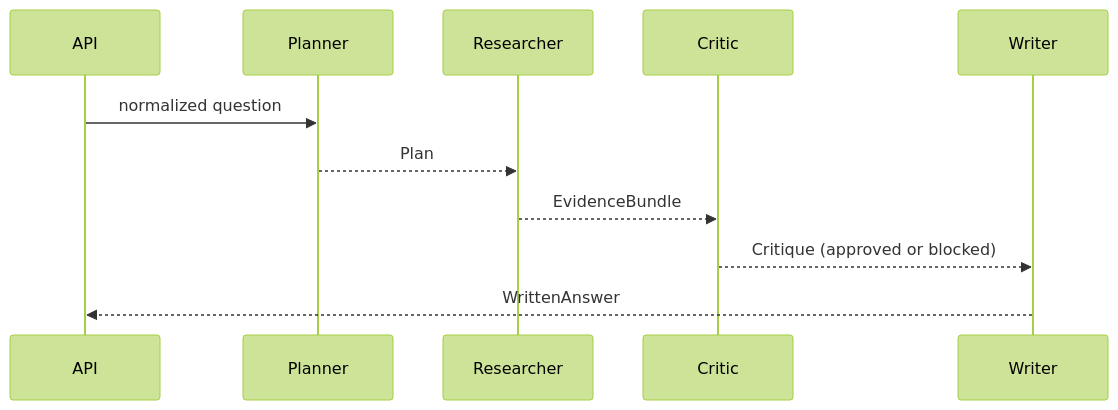
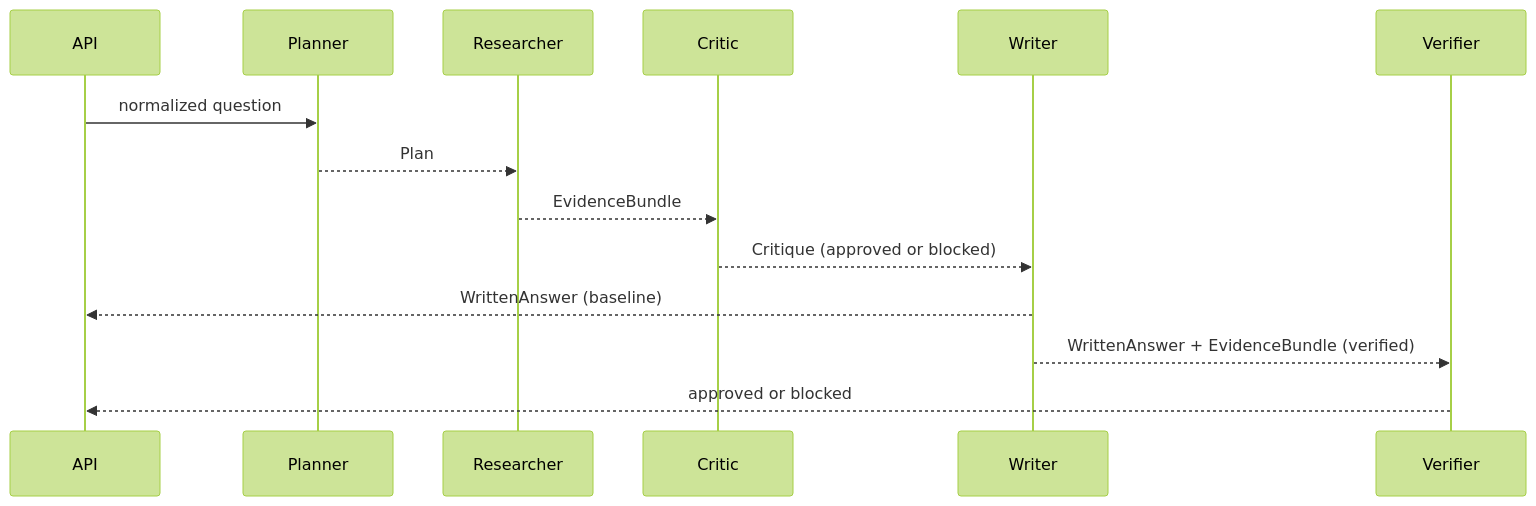
The diagram in docs/ARCHITECTURE.md (jzjzzzzzzz/agent-me), drawn with Mermaid (forest theme) before and after one commit. The commit also changed other lines of this file and 10 other files, not shown here.

````diff
--- a/docs/ARCHITECTURE.md
+++ b/docs/ARCHITECTURE.md
@@ -32,13 +33,16 @@
 ```mermaid
 sequenceDiagram
   participant API
   participant P as Planner
   participant R as Researcher
   participant C as Critic
   participant W as Writer
+  participant V as Verifier
   API->>P: normalized question
   P-->>R: Plan
   R-->>C: EvidenceBundle
   C-->>W: Critique (approved or blocked)
-  W-->>API: WrittenAnswer
+  W-->>API: WrittenAnswer (baseline)
+  W-->>V: WrittenAnswer + EvidenceBundle (verified)
+  V-->>API: approved or blocked
 ```
````
